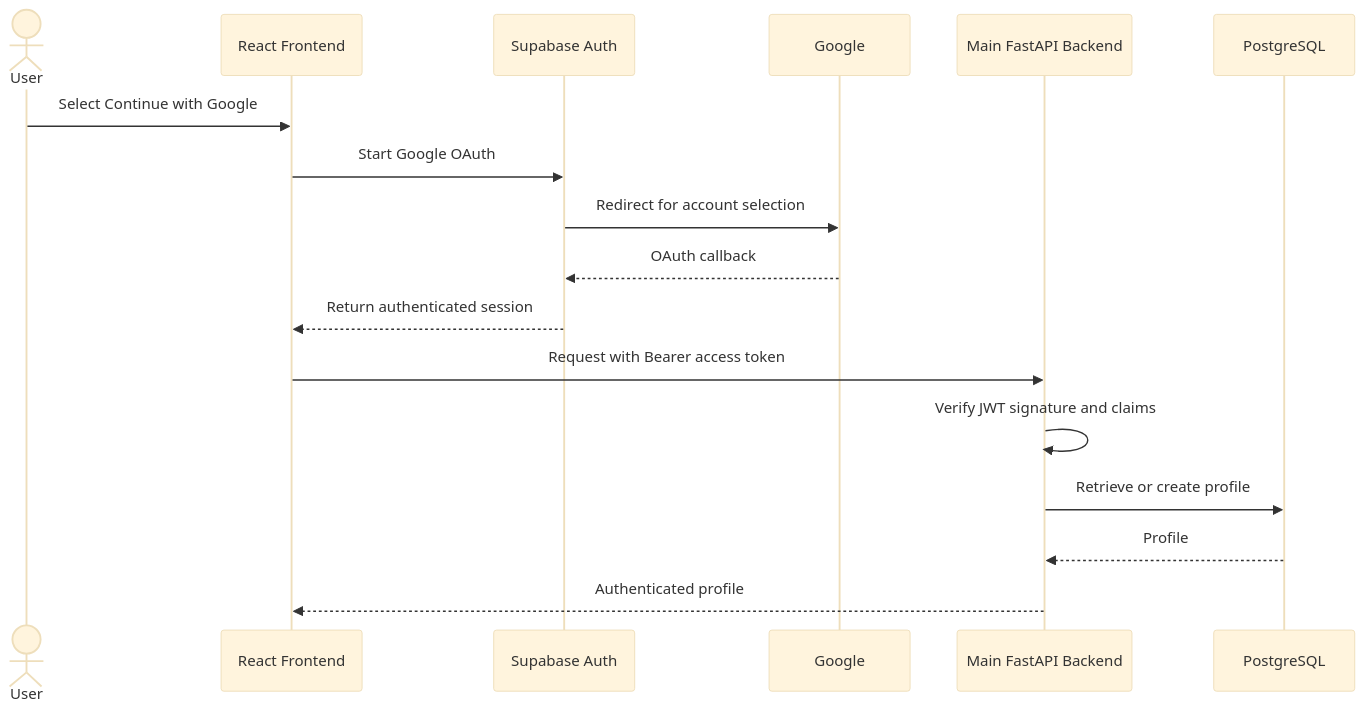
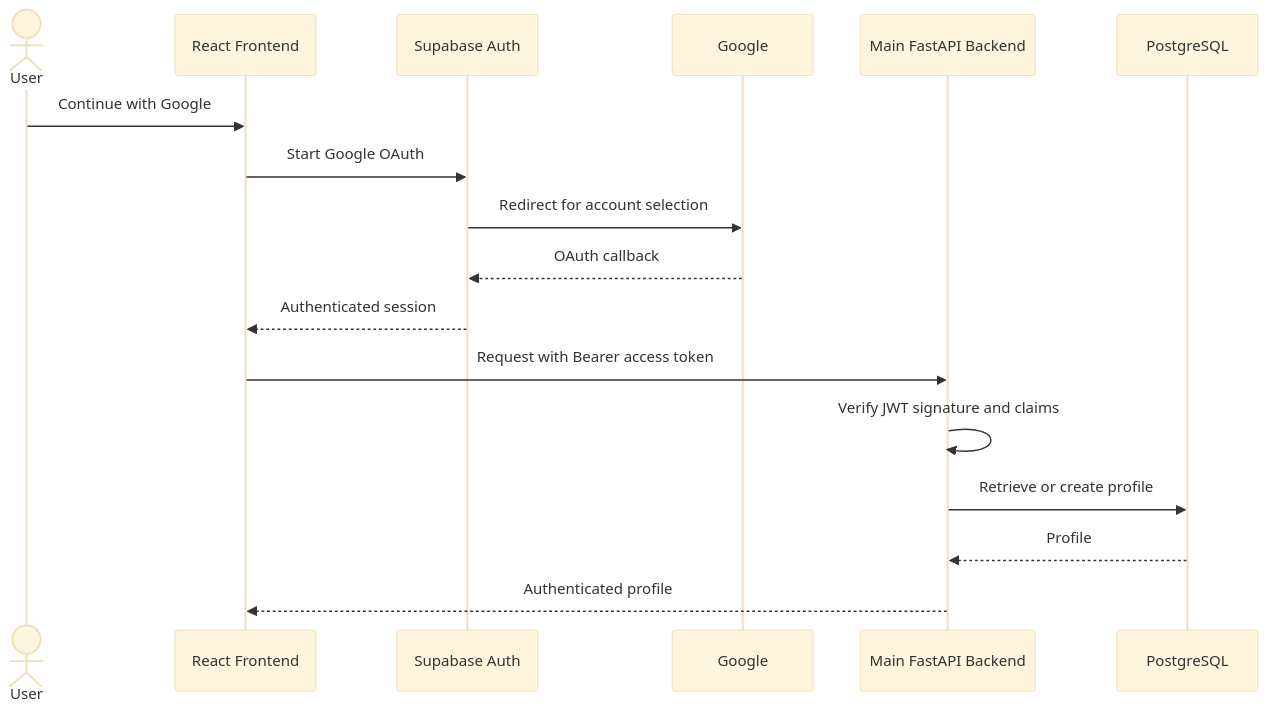
Before and after one commit to Sarthak3846/chessiq: the second of 2 diagrams in README.md, drawn with Mermaid (base theme). The commit also changed other lines of this file, not shown here.

````diff
--- a/README.md
+++ b/README.md
@@ -105,20 +126,20 @@
-``` mermaid
+```mermaid
 sequenceDiagram
     actor User
     participant App as React Frontend
     participant Supabase as Supabase Auth
     participant Google
     participant API as Main FastAPI Backend
     participant DB as PostgreSQL
 
-    User->>App: Select Continue with Google
+    User->>App: Continue with Google
     App->>Supabase: Start Google OAuth
     Supabase->>Google: Redirect for account selection
     Google-->>Supabase: OAuth callback
-    Supabase-->>App: Return authenticated session
+    Supabase-->>App: Authenticated session
     App->>API: Request with Bearer access token
     API->>API: Verify JWT signature and claims
     API->>DB: Retrieve or create profile
     DB-->>API: Profile
     API-->>App: Authenticated profile
 ```
````
